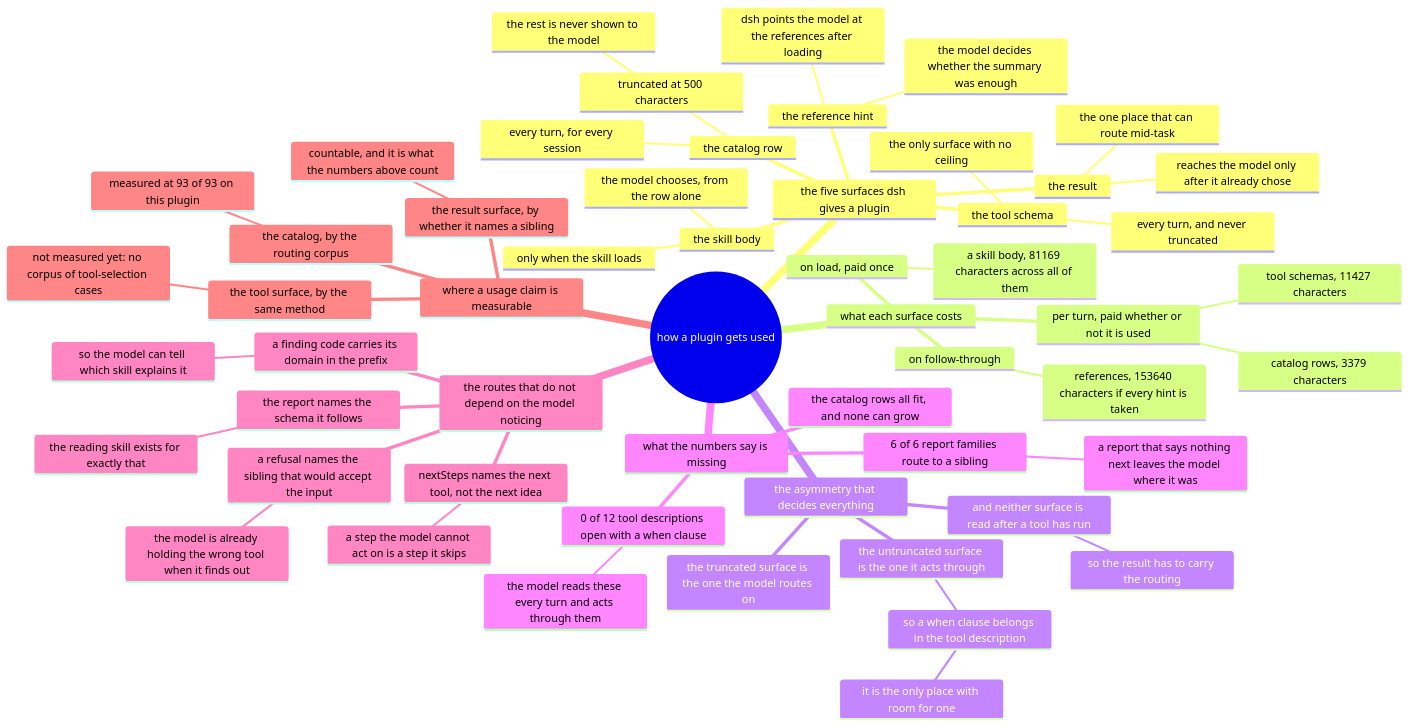
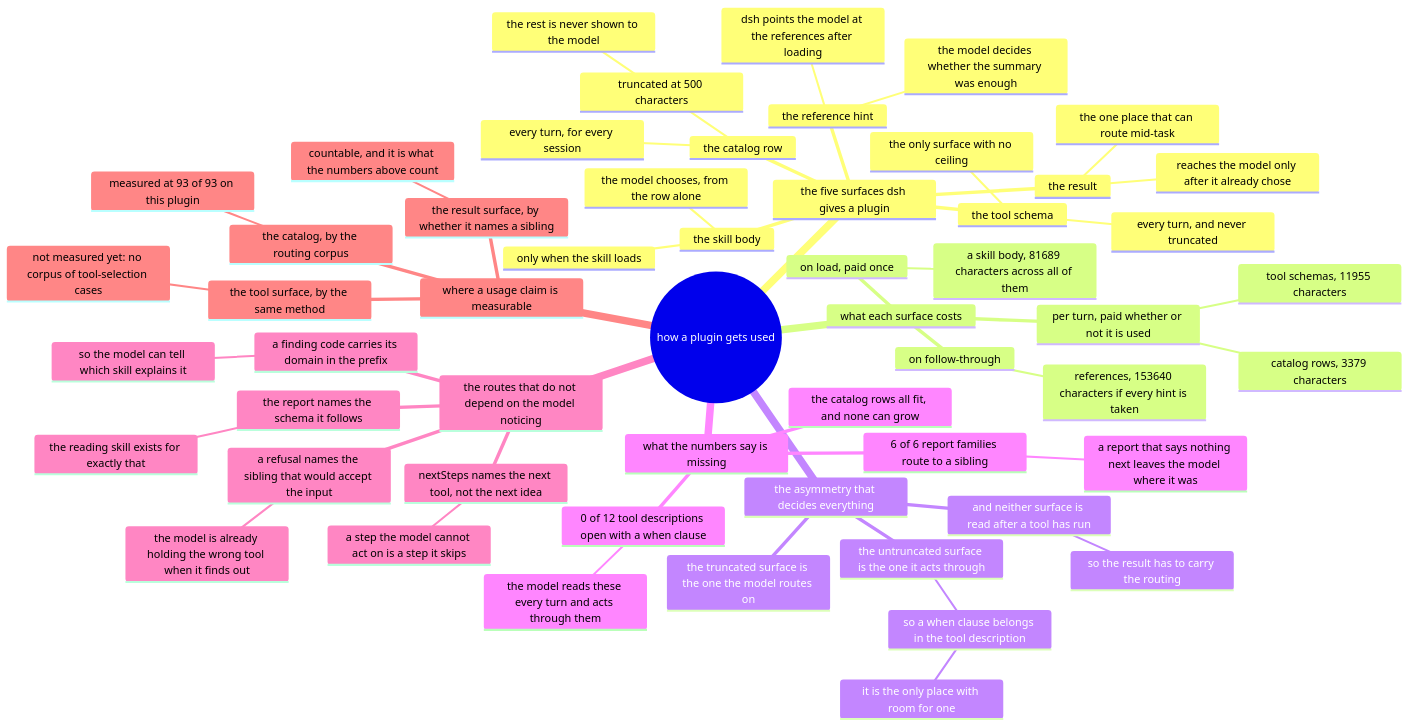
Before and after one commit to AmethystLuna/dsh-model-everything: the diagram in docs/usage/mindmap.mmd, drawn with Mermaid. The commit also changed 22 other files, not shown here.

```diff
--- a/docs/usage/mindmap.mmd
+++ b/docs/usage/mindmap.mmd
@@ -1,56 +1,56 @@
 mindmap
 root((how a plugin gets used))
   the five surfaces dsh gives a plugin
     the catalog row
       every turn, for every session
       truncated at 500 characters
         the rest is never shown to the model
     the skill body
       only when the skill loads
       the model chooses, from the row alone
     the reference hint
       dsh points the model at the references after loading
       the model decides whether the summary was enough
     the tool schema
       every turn, and never truncated
       the only surface with no ceiling
     the result
       reaches the model only after it already chose
       the one place that can route mid-task
   what each surface costs
     per turn, paid whether or not it is used
       catalog rows, 3379 characters
-      tool schemas, 11427 characters
+      tool schemas, 11955 characters
     on load, paid once
-      a skill body, 81169 characters across all of them
+      a skill body, 81689 characters across all of them
     on follow-through
       references, 153640 characters if every hint is taken
   the asymmetry that decides everything
     the truncated surface is the one the model routes on
     the untruncated surface is the one it acts through
       so a when clause belongs in the tool description
         it is the only place with room for one
     and neither surface is read after a tool has run
       so the result has to carry the routing
   what the numbers say is missing
     0 of 12 tool descriptions open with a when clause
       the model reads these every turn and acts through them
     6 of 6 report families route to a sibling
       a report that says nothing next leaves the model where it was
     the catalog rows all fit, and none can grow
   the routes that do not depend on the model noticing
     a refusal names the sibling that would accept the input
       the model is already holding the wrong tool when it finds out
     nextSteps names the next tool, not the next idea
       a step the model cannot act on is a step it skips
     a finding code carries its domain in the prefix
       so the model can tell which skill explains it
     the report names the schema it follows
       the reading skill exists for exactly that
   where a usage claim is measurable
     the catalog, by the routing corpus
       measured at 93 of 93 on this plugin
     the tool surface, by the same method
       not measured yet: no corpus of tool-selection cases
     the result surface, by whether it names a sibling
       countable, and it is what the numbers above count
```
